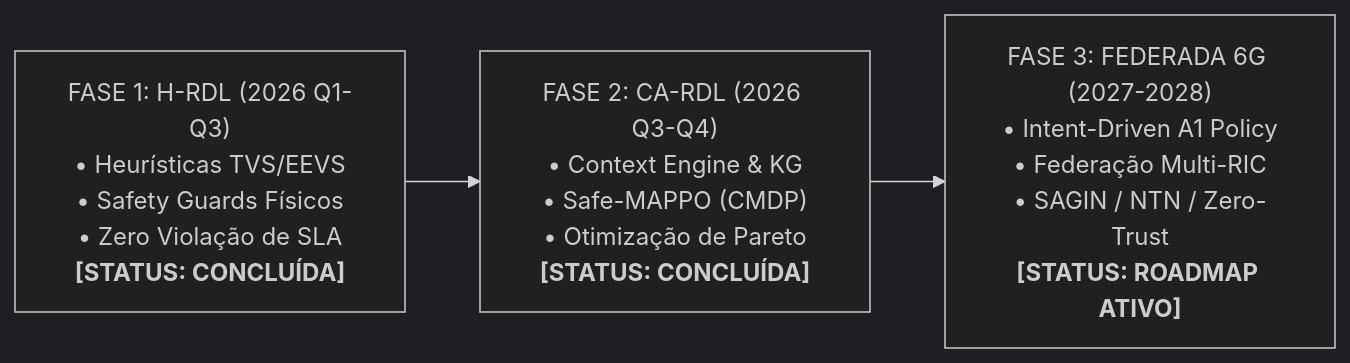
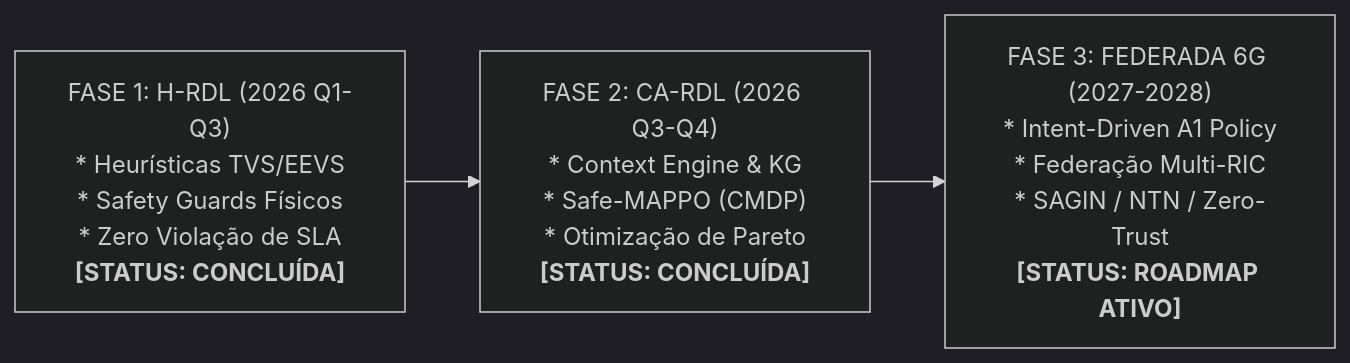
Before and after one commit to georgebarbosa3090/XApp-RDL-F2: the first of 2 diagrams in docs/06_roadmap_e_pesquisa_futura_6g.md, drawn with Mermaid (dark theme). The commit also changed other lines of this file and 30 other files, not shown here.

````diff
--- a/docs/06_roadmap_e_pesquisa_futura_6g.md
+++ b/docs/06_roadmap_e_pesquisa_futura_6g.md
@@ -12,8 +12,8 @@
 ```mermaid
 flowchart LR
-    F1["FASE 1: H-RDL (2026 Q1-Q3)<br/>• Heurísticas TVS/EEVS<br/>• Safety Guards Físicos<br/>• Zero Violação de SLA<br/><b>[STATUS: CONCLUÍDA]</b>"]
-    F2["FASE 2: CA-RDL (2026 Q3-Q4)<br/>• Context Engine & KG<br/>• Safe-MAPPO (CMDP)<br/>• Otimização de Pareto<br/><b>[STATUS: CONCLUÍDA]</b>"]
-    F3["FASE 3: FEDERADA 6G (2027-2028)<br/>• Intent-Driven A1 Policy<br/>• Federação Multi-RIC<br/>• SAGIN / NTN / Zero-Trust<br/><b>[STATUS: ROADMAP ATIVO]</b>"]
+    F1["FASE 1: H-RDL (2026 Q1-Q3)<br/>* Heurísticas TVS/EEVS<br/>* Safety Guards Físicos<br/>* Zero Violação de SLA<br/><b>[STATUS: CONCLUÍDA]</b>"]
+    F2["FASE 2: CA-RDL (2026 Q3-Q4)<br/>* Context Engine & KG<br/>* Safe-MAPPO (CMDP)<br/>* Otimização de Pareto<br/><b>[STATUS: CONCLUÍDA]</b>"]
+    F3["FASE 3: FEDERADA 6G (2027-2028)<br/>* Intent-Driven A1 Policy<br/>* Federação Multi-RIC<br/>* SAGIN / NTN / Zero-Trust<br/><b>[STATUS: ROADMAP ATIVO]</b>"]
     
     F1 --> F2 --> F3
 ```
````
